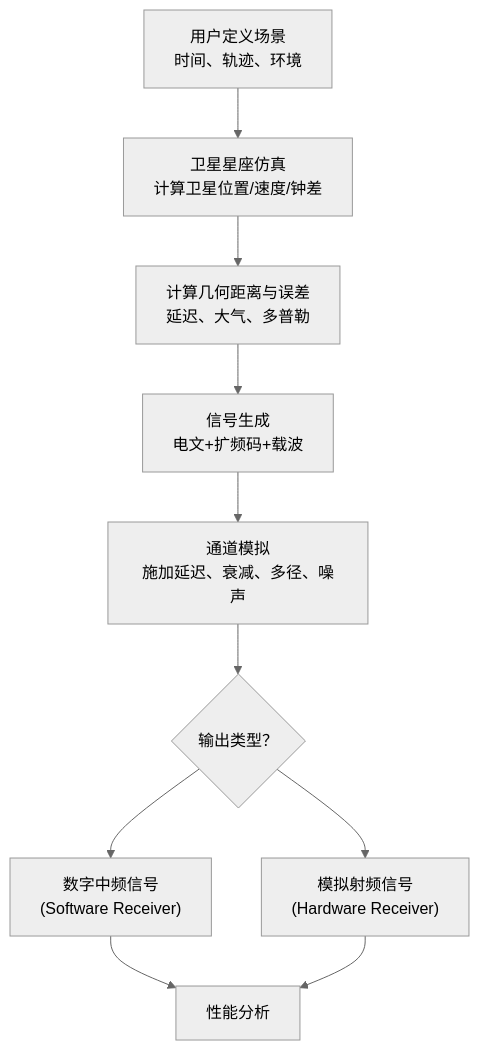
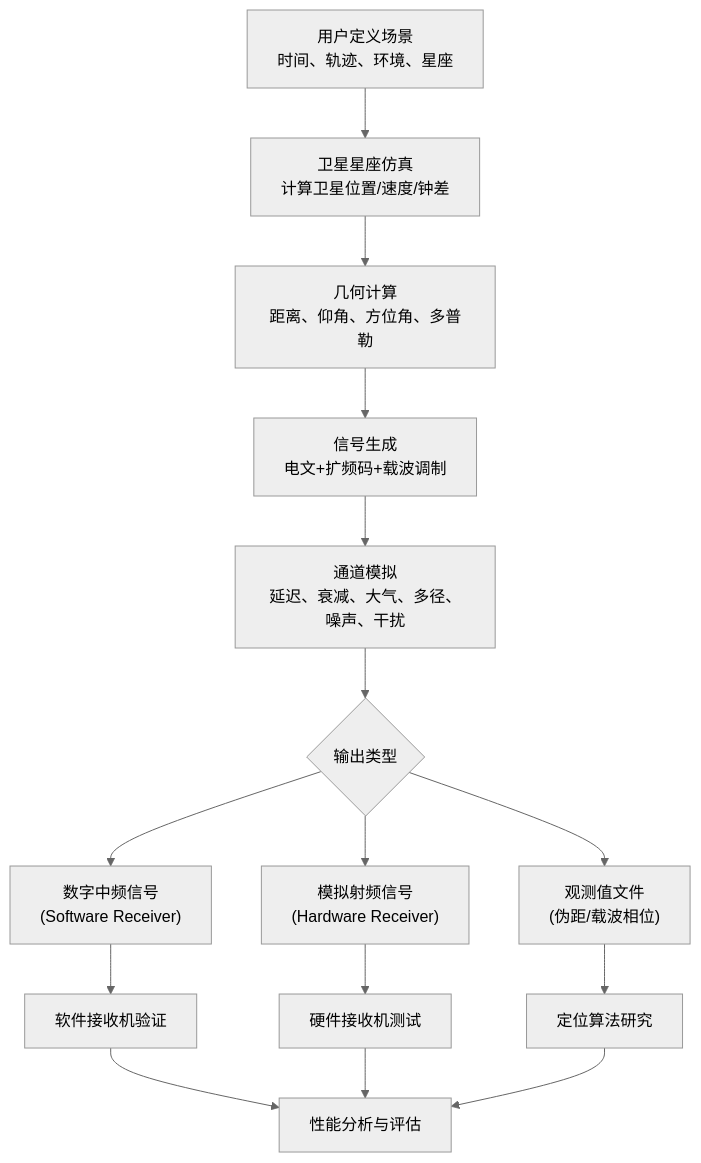
Before and after one commit to SatelliteCoder/GNSS-SPEC: the diagram in GNSS仿真原理与实现/01-原理总述.md, drawn with Mermaid (neutral theme). The commit also changed other lines of this file and 5 other files, not shown here.

````diff
--- a/GNSS仿真原理与实现/01-原理总述.md
+++ b/GNSS仿真原理与实现/01-原理总述.md
@@ -99,12 +176,17 @@
 ```mermaid
 graph TD
-    A["用户定义场景<br/>时间、轨迹、环境"] --> B["卫星星座仿真<br/>计算卫星位置/速度/钟差"]
-    B --> C["计算几何距离与误差<br/>延迟、大气、多普勒"]
-    C --> D["信号生成<br/>电文+扩频码+载波"]
-    D --> E["通道模拟<br/>施加延迟、衰减、多径、噪声"]
-    E --> F{输出类型？}
+    A["用户定义场景<br/>时间、轨迹、环境、星座"] --> B["卫星星座仿真<br/>计算卫星位置/速度/钟差"]
+    B --> C["几何计算<br/>距离、仰角、方位角、多普勒"]
+    C --> D["信号生成<br/>电文+扩频码+载波调制"]
+    D --> E["通道模拟<br/>延迟、衰减、大气、多径、噪声、干扰"]
+    E --> F{输出类型}
     F --> G["数字中频信号<br/>(Software Receiver)"]
     F --> H["模拟射频信号<br/>(Hardware Receiver)"]
-    G --> I["性能分析"]
-    H --> I
+    F --> I["观测值文件<br/>(伪距/载波相位)"]
+    G --> J["软件接收机验证"]
+    H --> K["硬件接收机测试"]
+    I --> L["定位算法研究"]
+    J --> M["性能分析与评估"]
+    K --> M
+    L --> M
 ```
````
